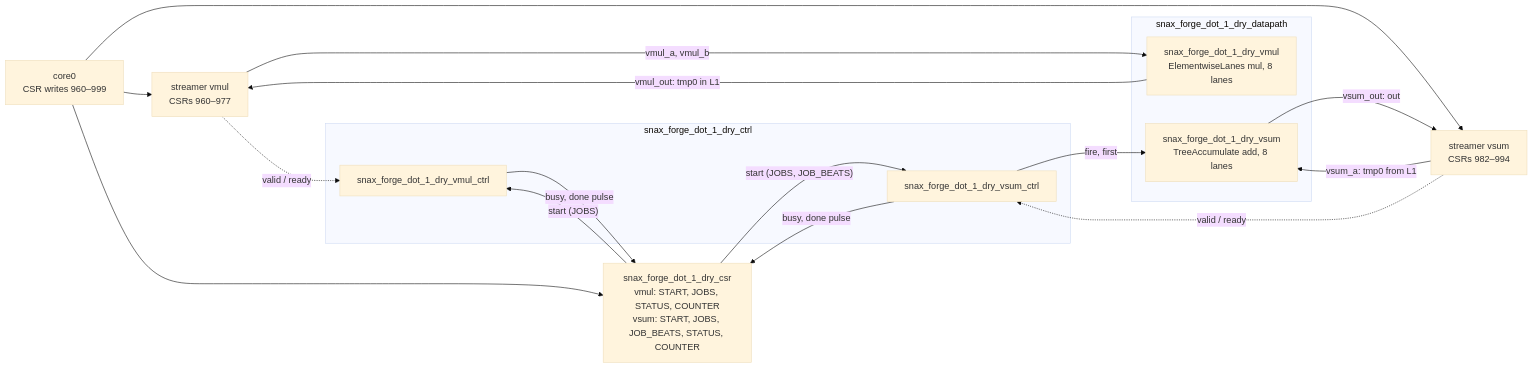
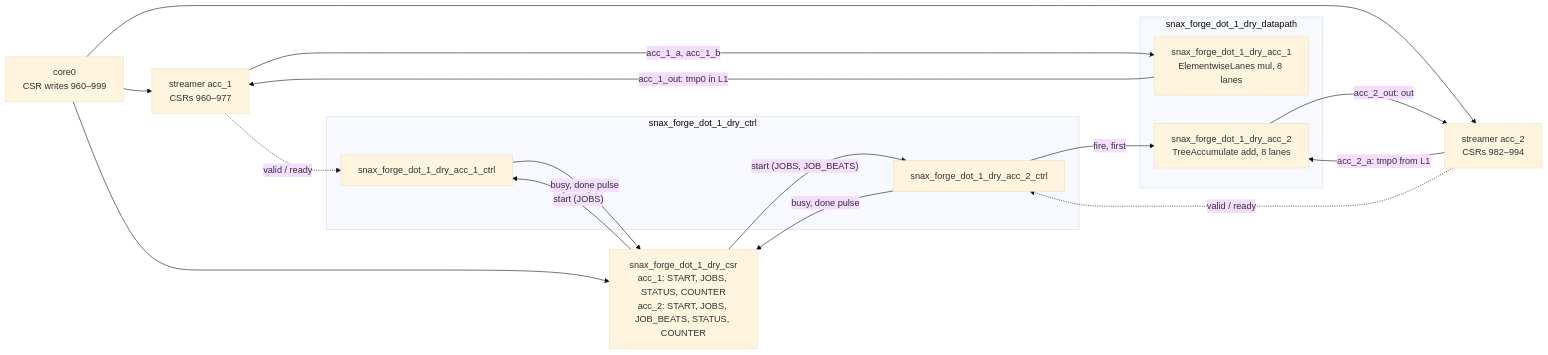
One commit to KULeuven-MICAS/snax-forge changed the diagram in examples/dryrun/2_dot_1.md. Above: the diagram before and after it, drawn with Mermaid (base theme). The commit also changed other lines of this file and 2 other files, not shown here.

Commit message:
P1-3: dot 1 dry run on the editor's default names acc_1 and acc_2

````diff
--- a/examples/dryrun/2_dot_1.md
+++ b/examples/dryrun/2_dot_1.md
@@ -373,25 +373,25 @@
 ```mermaid
 flowchart LR
-  core["core0<br/>CSR writes 960–999"] --> svm["streamer vmul<br/>CSRs 960–977"]
-  core --> svs["streamer vsum<br/>CSRs 982–994"]
-  core --> csr["snax_forge_dot_1_dry_csr<br/>vmul: START, JOBS, STATUS, COUNTER<br/>vsum: START, JOBS, JOB_BEATS, STATUS, COUNTER"]
+  core["core0<br/>CSR writes 960–999"] --> svm["streamer acc_1<br/>CSRs 960–977"]
+  core --> svs["streamer acc_2<br/>CSRs 982–994"]
+  core --> csr["snax_forge_dot_1_dry_csr<br/>acc_1: START, JOBS, STATUS, COUNTER<br/>acc_2: START, JOBS, JOB_BEATS, STATUS, COUNTER"]
   subgraph ctrl["snax_forge_dot_1_dry_ctrl"]
-    c1["snax_forge_dot_1_dry_vmul_ctrl"]
-    c2["snax_forge_dot_1_dry_vsum_ctrl"]
+    c1["snax_forge_dot_1_dry_acc_1_ctrl"]
+    c2["snax_forge_dot_1_dry_acc_2_ctrl"]
   end
   subgraph dp["snax_forge_dot_1_dry_datapath"]
-    d1["snax_forge_dot_1_dry_vmul<br/>ElementwiseLanes mul, 8 lanes"]
-    d2["snax_forge_dot_1_dry_vsum<br/>TreeAccumulate add, 8 lanes"]
+    d1["snax_forge_dot_1_dry_acc_1<br/>ElementwiseLanes mul, 8 lanes"]
+    d2["snax_forge_dot_1_dry_acc_2<br/>TreeAccumulate add, 8 lanes"]
   end
   csr -- "start (JOBS)" --> c1
   csr -- "start (JOBS, JOB_BEATS)" --> c2
   c1 -- "busy, done pulse" --> csr
   c2 -- "busy, done pulse" --> csr
-  svm -- "vmul_a, vmul_b" --> d1
-  d1 -- "vmul_out: tmp0 in L1" --> svm
-  svs -- "vsum_a: tmp0 from L1" --> d2
-  d2 -- "vsum_out: out" --> svs
+  svm -- "acc_1_a, acc_1_b" --> d1
+  d1 -- "acc_1_out: tmp0 in L1" --> svm
+  svs -- "acc_2_a: tmp0 from L1" --> d2
+  d2 -- "acc_2_out: out" --> svs
   svm -. "valid / ready" .-> c1
   svs -. "valid / ready" .-> c2
   c2 -- "fire, first" --> d2
 ```
````
